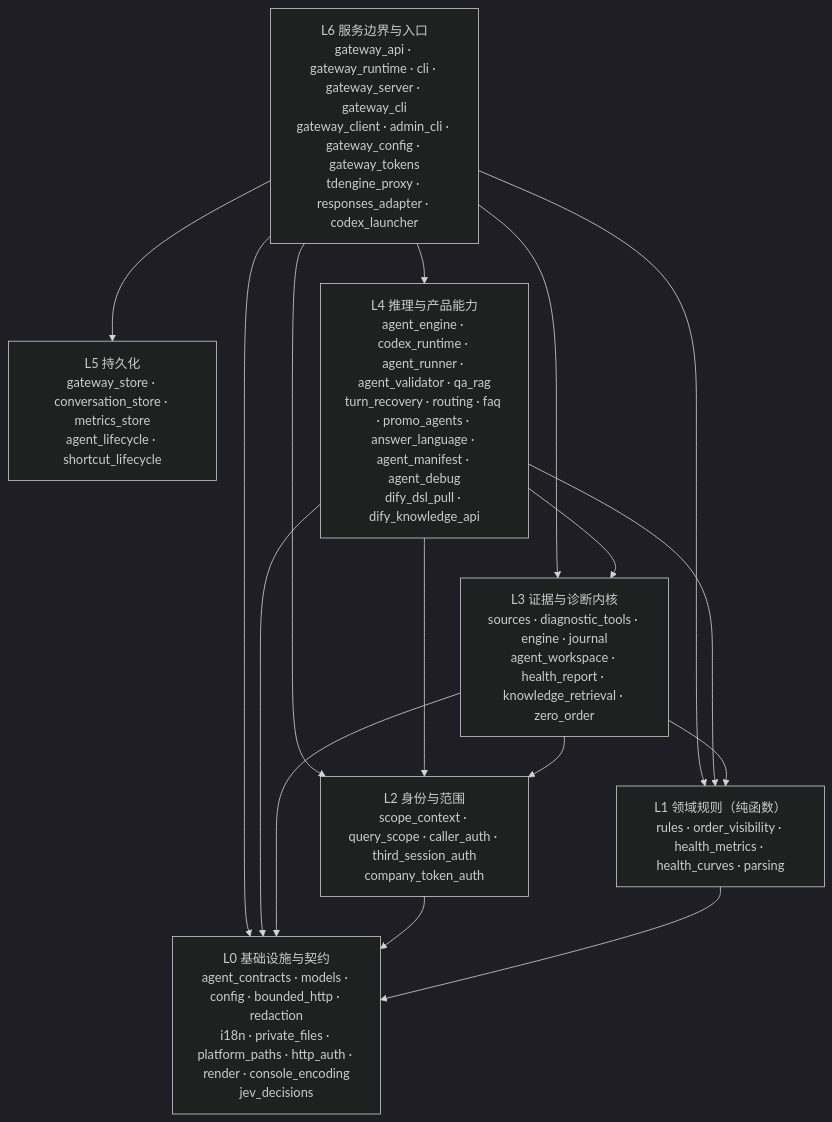
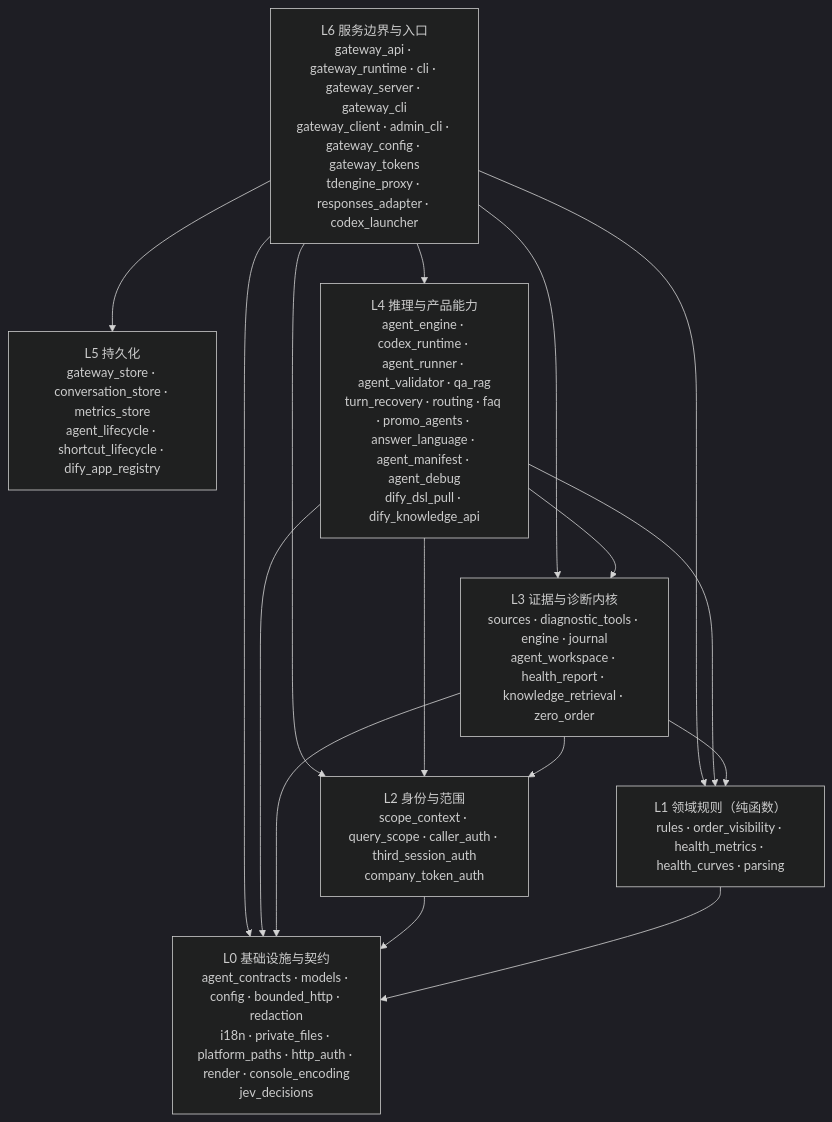
One commit to kilbertert/AI-Ops changed the diagram in README.md. Above: the diagram before and after it, drawn with Mermaid (dark theme). The commit also changed other lines of this file and 15 other files, not shown here.

First line of the commit message:
feat(gateway): 运行时注册表 (租户,入口) → Dify app，并降级 reconcile 定位（#584）

````diff
--- a/README.md
+++ b/README.md
@@ -183,26 +183,26 @@
 ```mermaid
 flowchart TB
     L6["L6 服务边界与入口<br/>gateway_api · gateway_runtime · cli · gateway_server · gateway_cli<br/>gateway_client · admin_cli · gateway_config · gateway_tokens<br/>tdengine_proxy · responses_adapter · codex_launcher"]
-    L5["L5 持久化<br/>gateway_store · conversation_store · metrics_store<br/>agent_lifecycle · shortcut_lifecycle"]
+    L5["L5 持久化<br/>gateway_store · conversation_store · metrics_store<br/>agent_lifecycle · shortcut_lifecycle · dify_app_registry"]
     L4["L4 推理与产品能力<br/>agent_engine · codex_runtime · agent_runner · agent_validator · qa_rag<br/>turn_recovery · routing · faq · promo_agents · answer_language · agent_manifest · agent_debug<br/>dify_dsl_pull · dify_knowledge_api"]
     L3["L3 证据与诊断内核<br/>sources · diagnostic_tools · engine · journal<br/>agent_workspace · health_report · knowledge_retrieval · zero_order"]
     L2["L2 身份与范围<br/>scope_context · query_scope · caller_auth · third_session_auth<br/>company_token_auth"]
     L1["L1 领域规则（纯函数）<br/>rules · order_visibility · health_metrics · health_curves · parsing"]
     L0["L0 基础设施与契约<br/>agent_contracts · models · config · bounded_http · redaction<br/>i18n · private_files · platform_paths · http_auth · render · console_encoding<br/>jev_decisions"]
 
     L6 --> L5
     L6 --> L4
     L6 --> L3
     L6 --> L2
     L6 --> L1
     L6 --> L0
     L4 --> L3
     L4 --> L2
     L4 --> L1
     L4 --> L0
     L3 --> L2
     L3 --> L1
     L3 --> L0
     L2 --> L0
     L1 --> L0
 ```
````
